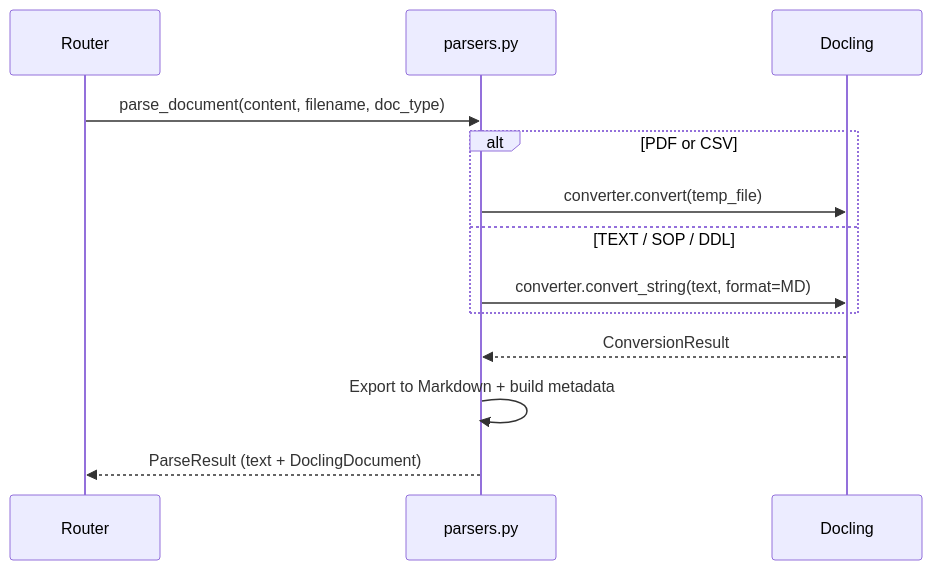
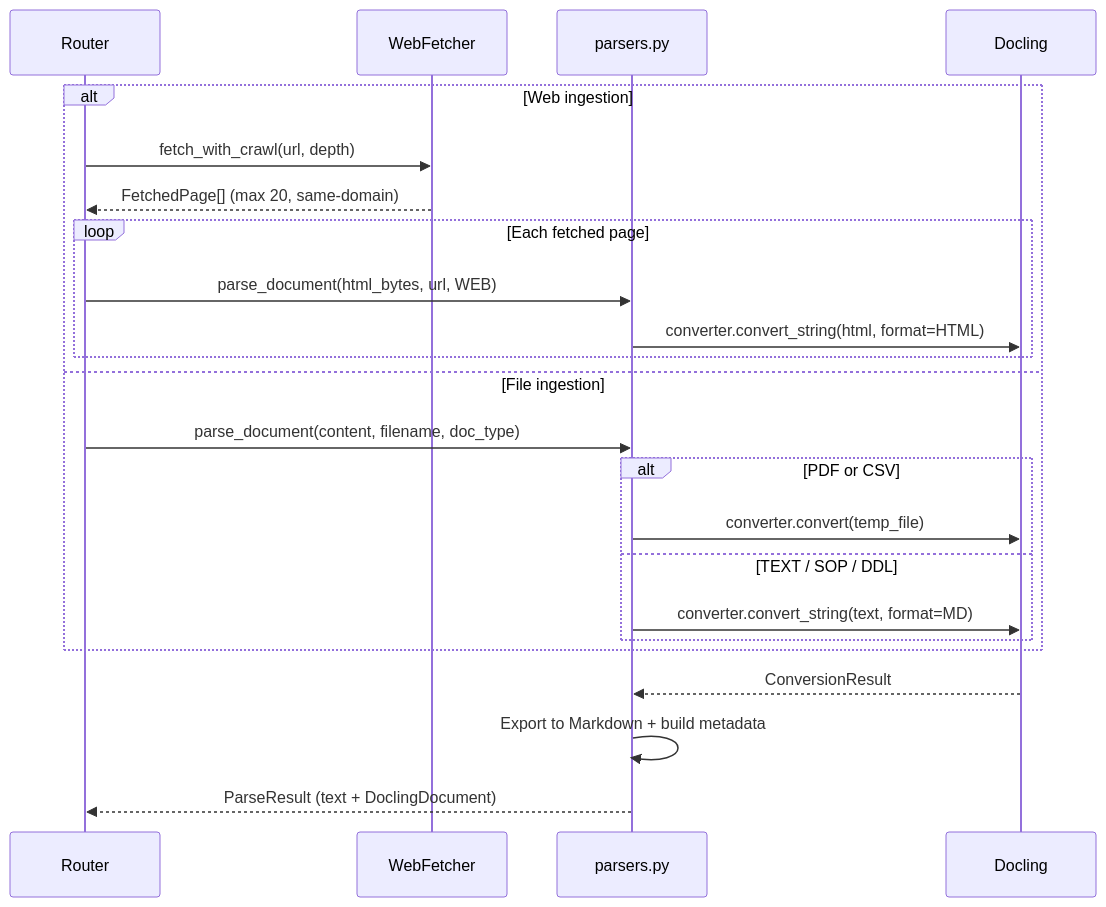
One commit to rashwin88/trident-demo changed the first of 7 diagrams in docs/ingestion-pipeline.md. Above: the diagram before and after it, drawn with Mermaid. The commit also changed other lines of this file and 50 other files, not shown here.

````diff
--- a/docs/ingestion-pipeline.md
+++ b/docs/ingestion-pipeline.md
@@ -33,16 +50,26 @@
 ```mermaid
 sequenceDiagram
     participant R as Router
+    participant WF as WebFetcher
     participant P as parsers.py
     participant D as Docling
 
-    R->>P: parse_document(content, filename, doc_type)
-    alt PDF or CSV
-        P->>D: converter.convert(temp_file)
-    else TEXT / SOP / DDL
-        P->>D: converter.convert_string(text, format=MD)
+    alt Web ingestion
+        R->>WF: fetch_with_crawl(url, depth)
+        WF-->>R: FetchedPage[] (max 20, same-domain)
+        loop Each fetched page
+            R->>P: parse_document(html_bytes, url, WEB)
+            P->>D: converter.convert_string(html, format=HTML)
+        end
+    else File ingestion
+        R->>P: parse_document(content, filename, doc_type)
+        alt PDF or CSV
+            P->>D: converter.convert(temp_file)
+        else TEXT / SOP / DDL
+            P->>D: converter.convert_string(text, format=MD)
+        end
     end
     D-->>P: ConversionResult
     P->>P: Export to Markdown + build metadata
     P-->>R: ParseResult (text + DoclingDocument)
 ```
````
